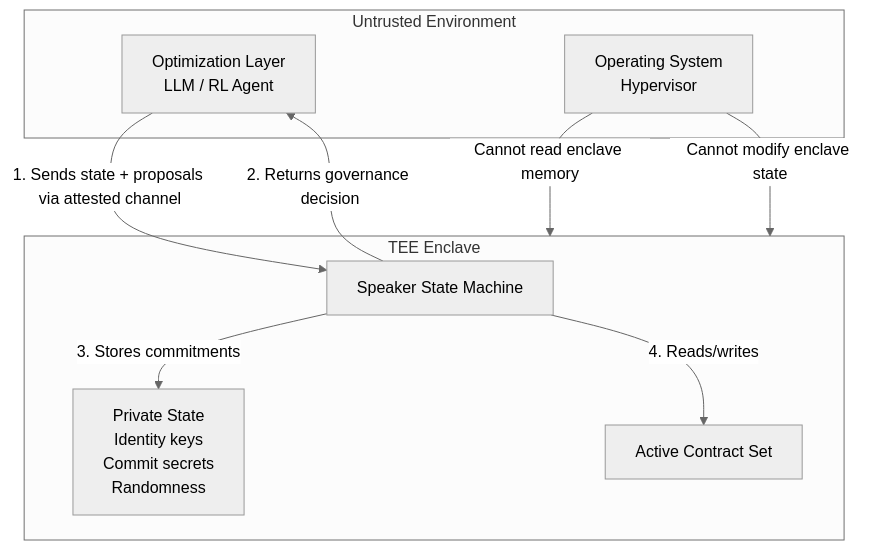
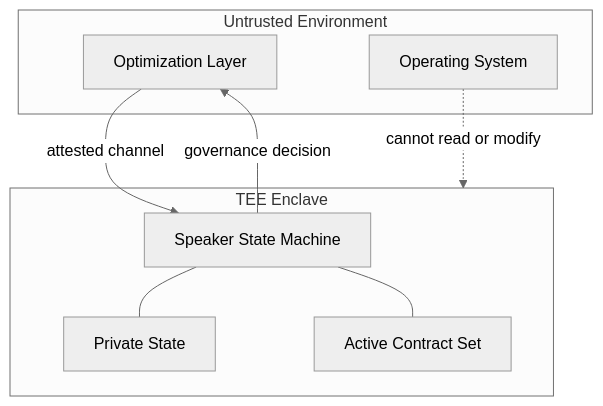
The diagram in book/appendix-a/tee-isolation.md (xcoder-es/governance-layer), drawn with Mermaid (neutral theme) before and after one commit. The commit also changed 1 other file, not shown here.

Commit message:
Fix Mermaid diagrams in Ch3 and Appendix A — remove HTML br tags for GitHub compatibility

````diff
--- a/book/appendix-a/tee-isolation.md
+++ b/book/appendix-a/tee-isolation.md
@@ -51,21 +51,20 @@
 ```mermaid
 graph TB
     subgraph Untrusted["Untrusted Environment"]
-        Opt[Optimization Layer<br/>LLM / RL Agent]
-        OS[Operating System<br/>Hypervisor]
+        Opt[Optimization Layer]
+        OS[Operating System]
     end
 
     subgraph TEE["TEE Enclave"]
         Speaker[Speaker State Machine]
-        PrivateState[Private State<br/>Identity keys<br/>Commit secrets<br/>Randomness]
+        PrivateState[Private State]
         ActiveContracts[Active Contract Set]
     end
 
-    Opt -->|1. Sends state + proposals via attested channel| Speaker
-    Speaker -->|2. Returns governance decision| Opt
-    Speaker -->|3. Stores commitments| PrivateState
-    Speaker -->|4. Reads/writes| ActiveContracts
+    Opt -->|attested channel| Speaker
+    Speaker -->|governance decision| Opt
+    Speaker --- PrivateState
+    Speaker --- ActiveContracts
 
-    OS -->|Cannot read enclave memory| TEE
-    OS -->|Cannot modify enclave state| TEE
+    OS -.->|cannot read or modify| TEE
 ```
````
